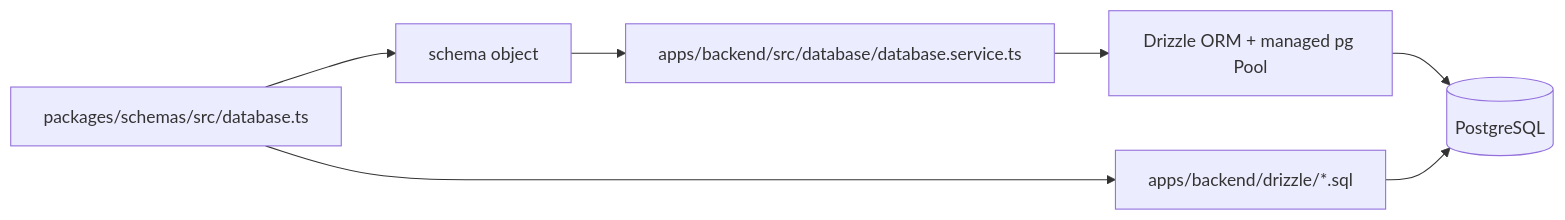
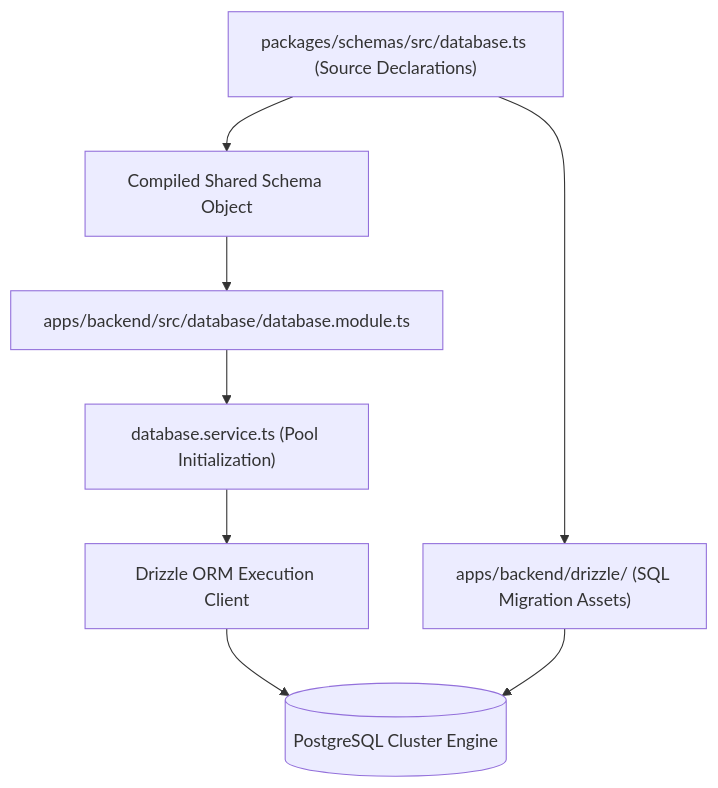
The first of 2 diagrams in docs/DATABASE.md (DidiWalakutty/Transcendence), drawn with Mermaid before and after one commit. The commit also changed other lines of this file and 1 other file, not shown here.

Commit message:
Updated database documentation

````diff
--- a/docs/DATABASE.md
+++ b/docs/DATABASE.md
@@ -35,16 +11,18 @@
 ```mermaid
-flowchart LR
-    A["packages/schemas/src/database.ts"]
-    B["schema object"]
-    C["apps/backend/src/database/database.service.ts"]
-    D["Drizzle ORM + managed pg Pool"]
-    E[("PostgreSQL")]
-    F["apps/backend/drizzle/*.sql"]
+flowchart TD
+    A["packages/schemas/src/database.ts (Source Declarations)"]
+    B["Compiled Shared Schema Object"]
+    C["apps/backend/src/database/database.module.ts"]
+    D["database.service.ts (Pool Initialization)"]
+    E["Drizzle ORM Execution Client"]
+    F[("PostgreSQL Cluster Engine")]
+    G["apps/backend/drizzle/ (SQL Migration Assets)"]
 
     A --> B
     B --> C
     C --> D
     D --> E
-    A --> F
-    F --> E
+    E --> F
+    A --> G
+    G --> F
 ```
````
